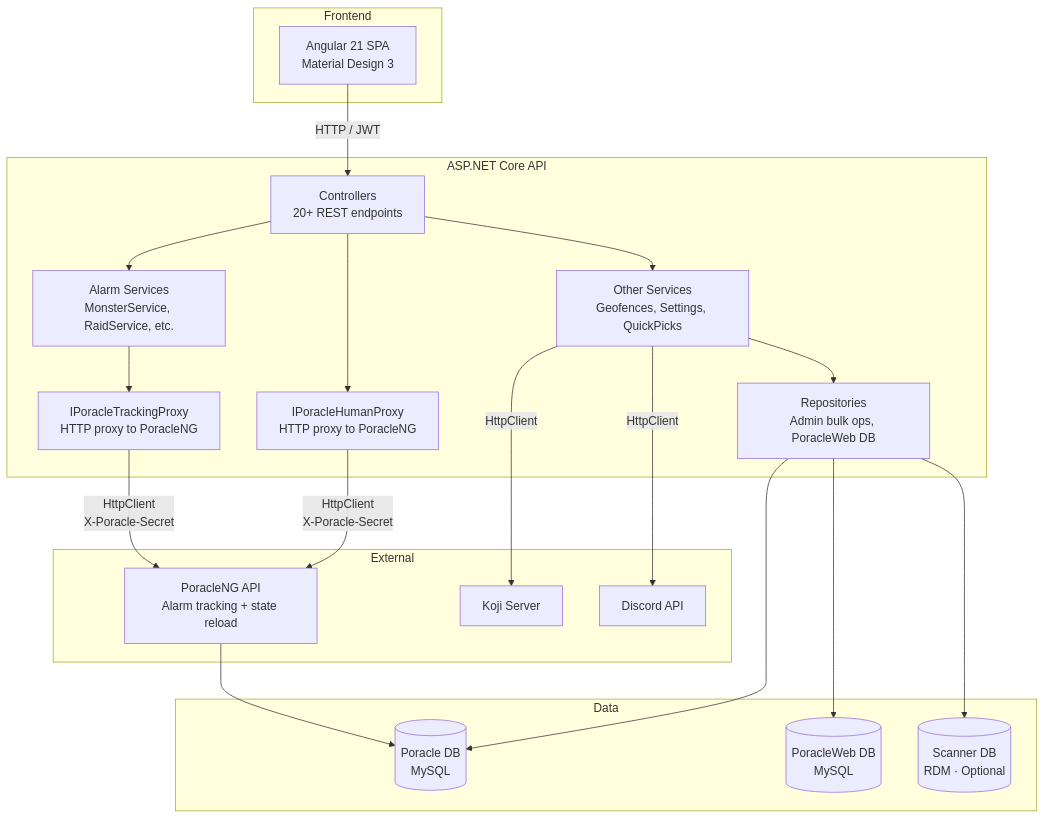
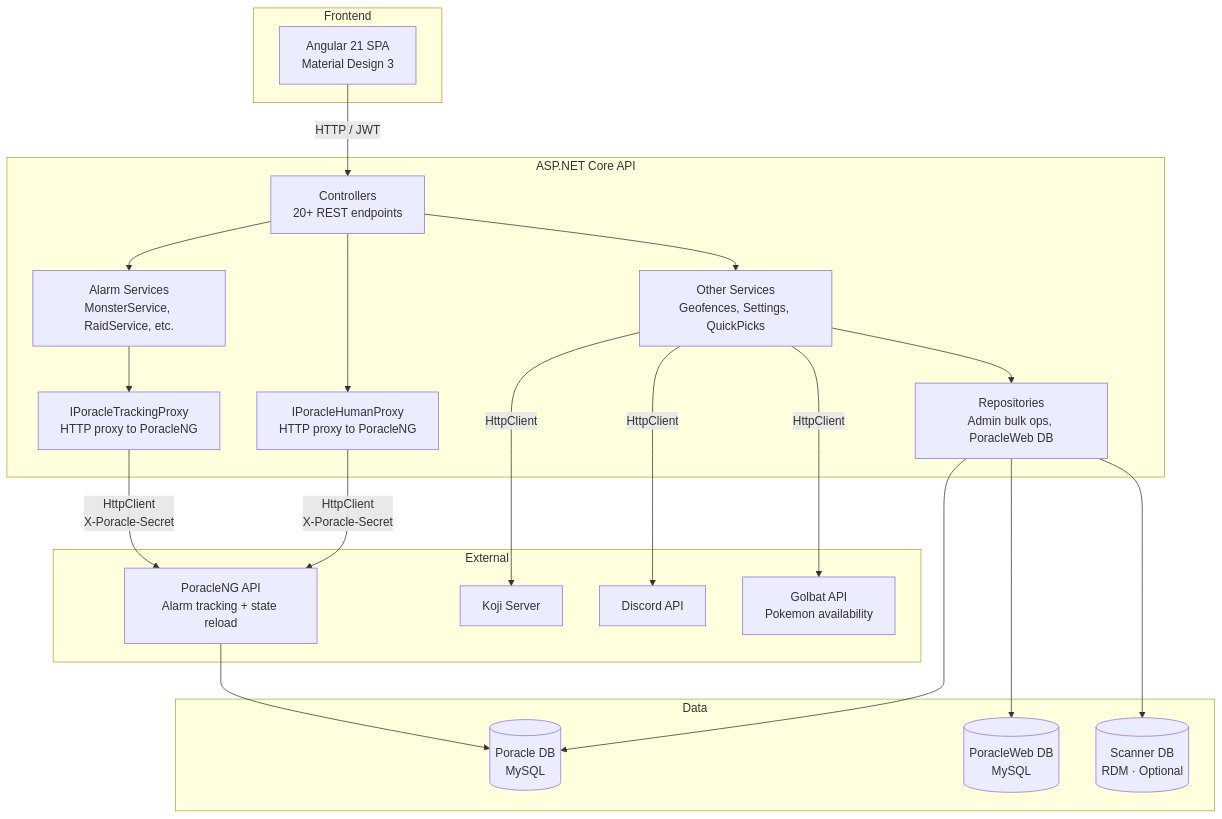
The diagram in docs/architecture/overview.md (PGAN-Dev/PoracleWeb.NET), drawn with Mermaid before and after one commit. The commit also changed 27 other files, not shown here.

First line of the commit message:
feat: Pokemon availability indicators from Golbat (#133) (#154)

````diff
--- a/docs/architecture/overview.md
+++ b/docs/architecture/overview.md
@@ -34,42 +34,44 @@
 ```mermaid
 graph TB
     subgraph Frontend
         Angular[Angular 21 SPA<br/>Material Design 3]
     end
 
     subgraph Backend["ASP.NET Core API"]
         Controllers[Controllers<br/>20+ REST endpoints]
         AlarmServices[Alarm Services<br/>MonsterService, RaidService, etc.]
         TrackingProxy[IPoracleTrackingProxy<br/>HTTP proxy to PoracleNG]
         HumanProxy[IPoracleHumanProxy<br/>HTTP proxy to PoracleNG]
         OtherServices[Other Services<br/>Geofences, Settings, QuickPicks]
         Repositories[Repositories<br/>Admin bulk ops, PoracleWeb DB]
     end
 
     subgraph Data
         PoracleDB[(Poracle DB<br/>MySQL)]
         WebDB[(PoracleWeb DB<br/>MySQL)]
         ScannerDB[(Scanner DB<br/>RDM · Optional)]
     end
 
     subgraph External
         PoracleNG[PoracleNG API<br/>Alarm tracking + state reload]
         Koji[Koji Server]
         Discord[Discord API]
+        Golbat[Golbat API<br/>Pokemon availability]
     end
 
     Angular -->|HTTP / JWT| Controllers
     Controllers --> AlarmServices
     Controllers --> OtherServices
     AlarmServices --> TrackingProxy
     Controllers --> HumanProxy
     TrackingProxy -->|HttpClient<br/>X-Poracle-Secret| PoracleNG
     HumanProxy -->|HttpClient<br/>X-Poracle-Secret| PoracleNG
     PoracleNG --> PoracleDB
     OtherServices --> Repositories
     Repositories --> PoracleDB
     Repositories --> WebDB
     Repositories --> ScannerDB
     OtherServices -->|HttpClient| Koji
     OtherServices -->|HttpClient| Discord
+    OtherServices -->|HttpClient| Golbat
 ```
````
